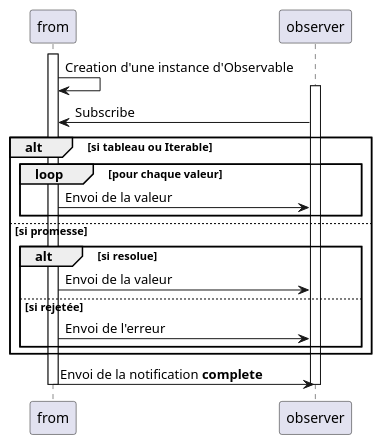
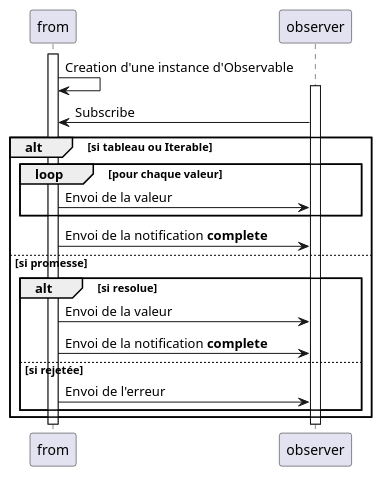
The diagram in creation/from/from.puml (cedriclecocq/rxjs-exemple), drawn with PlantUML before and after one commit. The commit also changed 1 other file, not shown here.

```diff
--- a/creation/from/from.puml
+++ b/creation/from/from.puml
@@ -1,20 +1,21 @@
 @startuml
 activate from
 from -> from : Creation d'une instance d'Observable
 activate observer
 observer -> from : Subscribe
 alt si tableau ou Iterable
   loop pour chaque valeur
     from -> observer : Envoi de la valeur
   end
+  from -> observer : Envoi de la notification **complete**
 else si promesse
   alt si resolue
     from -> observer : Envoi de la valeur
+    from -> observer : Envoi de la notification **complete**
   else si rejetée
     from -> observer : Envoi de l'erreur
   end
 end
-from -> observer : Envoi de la notification **complete**
 deactivate from
 deactivate observer
 @enduml
```
